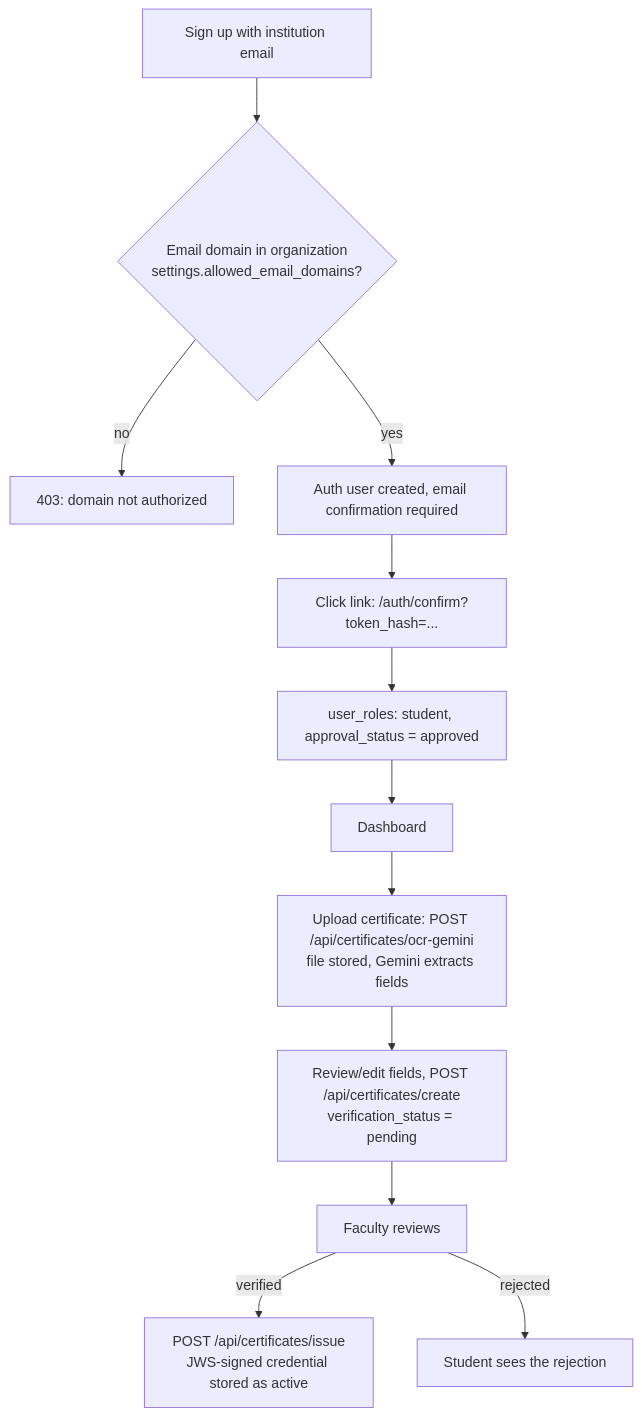
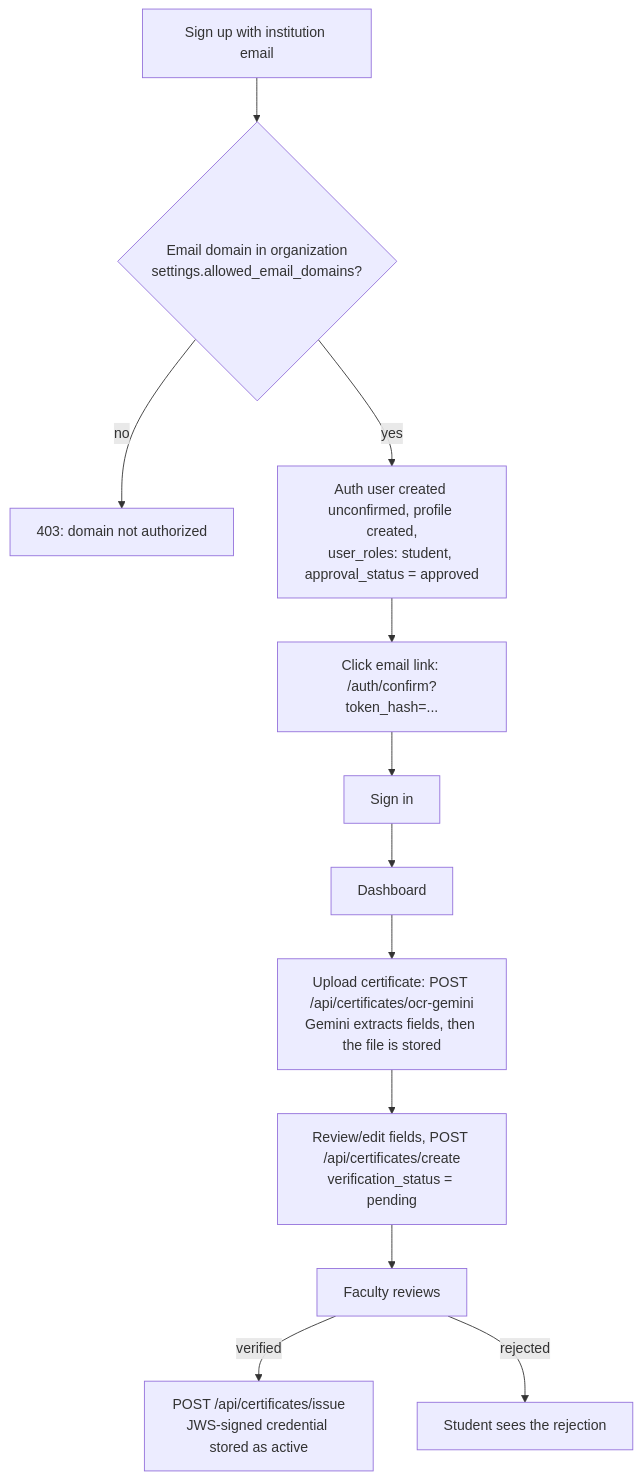
The diagram in my-app/docs/User-Workflow.md (Ujjwaljain16/CampusSync), drawn with Mermaid before and after one commit. The commit also changed other lines of this file and 13 other files, not shown here.

````diff
--- a/my-app/docs/User-Workflow.md
+++ b/my-app/docs/User-Workflow.md
@@ -7,14 +7,14 @@
 ```mermaid
 graph TD
     A[Sign up with institution email] --> B{Email domain in organization<br/>settings.allowed_email_domains?}
     B -->|no| X[403: domain not authorized]
-    B -->|yes| C[Auth user created, email confirmation required]
-    C --> D[Click link: /auth/confirm?token_hash=...]
-    D --> E[user_roles: student, approval_status = approved]
+    B -->|yes| C[Auth user created unconfirmed, profile created,<br/>user_roles: student, approval_status = approved]
+    C --> D[Click email link: /auth/confirm?token_hash=...]
+    D --> E[Sign in]
     E --> F[Dashboard]
-    F --> G[Upload certificate: POST /api/certificates/ocr-gemini<br/>file stored, Gemini extracts fields]
+    F --> G[Upload certificate: POST /api/certificates/ocr-gemini<br/>Gemini extracts fields, then the file is stored]
     G --> H[Review/edit fields, POST /api/certificates/create<br/>verification_status = pending]
     H --> I[Faculty reviews]
     I -->|verified| J[POST /api/certificates/issue<br/>JWS-signed credential stored as active]
     I -->|rejected| K[Student sees the rejection]
 ```
````
